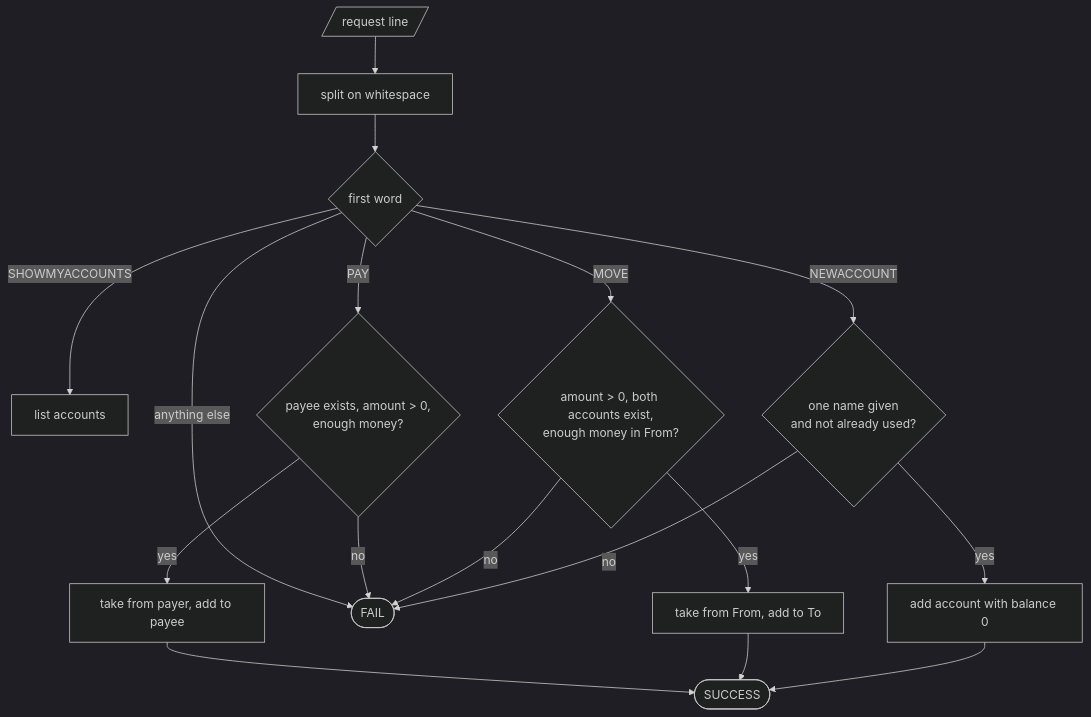
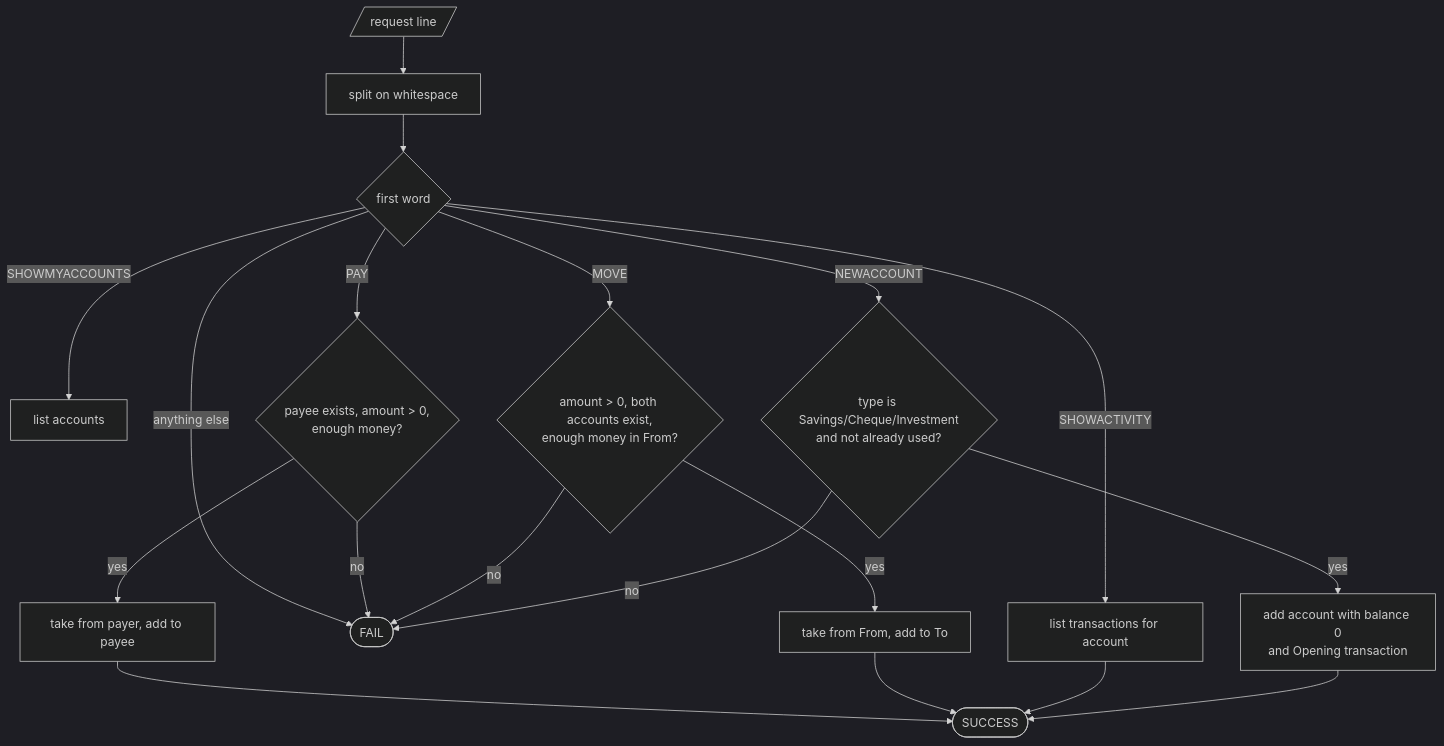
The eighth of 9 diagrams in README.md (jdarguello/bath_new_bank), drawn with Mermaid (dark theme) before and after one commit. The commit also changed other lines of this file and 8 other files, not shown here.

````diff
--- a/README.md
+++ b/README.md
@@ -494,16 +508,17 @@
 ```mermaid
 flowchart TD
     R[/request line/] --> P[split on whitespace]
     P --> Q{first word}
     Q -- SHOWMYACCOUNTS --> S1[list accounts]
-    Q -- NEWACCOUNT --> V1{one name given<br/>and not already used?}
-    V1 -- yes --> S2[add account with balance 0] --> OK([SUCCESS])
+    Q -- NEWACCOUNT --> V1{type is Savings/Cheque/Investment<br/>and not already used?}
+    V1 -- yes --> S2[add account with balance 0<br/>and Opening transaction] --> OK([SUCCESS])
     V1 -- no --> FAIL([FAIL])
+    Q -- SHOWACTIVITY --> S5[list transactions for account] --> OK
     Q -- MOVE --> V2{"amount > 0, both accounts exist,<br/>enough money in From?"}
     V2 -- yes --> S3[take from From, add to To] --> OK
     V2 -- no --> FAIL
     Q -- PAY --> V3{"payee exists, amount > 0,<br/>enough money?"}
     V3 -- yes --> S4[take from payer, add to payee] --> OK
     V3 -- no --> FAIL
     Q -- anything else --> FAIL
 ```
````
